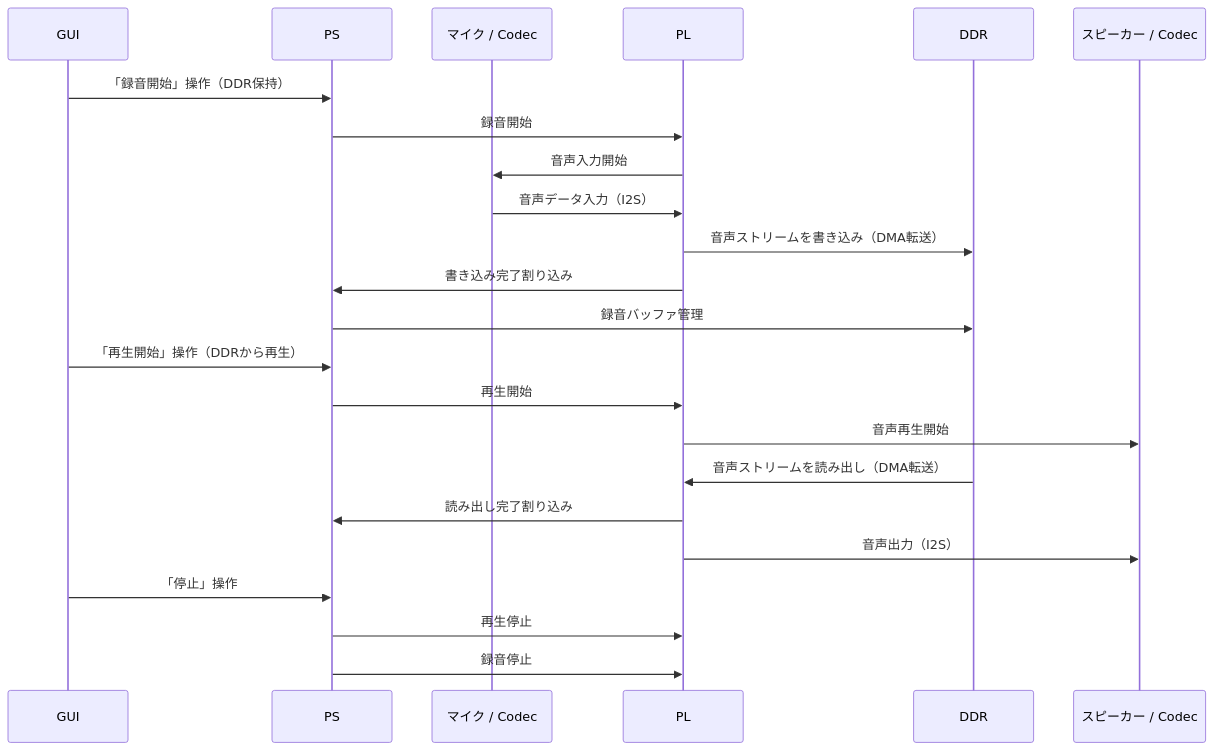
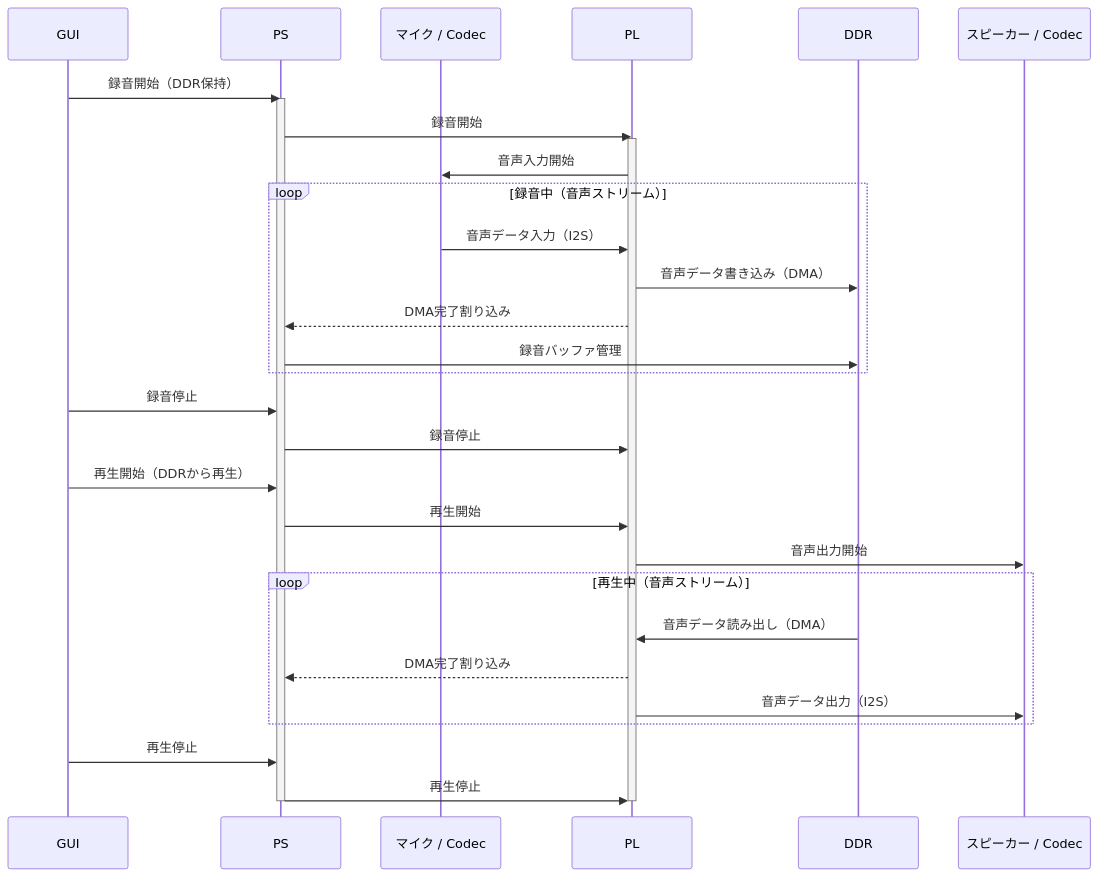
The third of 3 diagrams in docs/system_design.md (kiiisy/VoiceNote-System), drawn with Mermaid before and after one commit. The commit also changed other lines of this file, not shown here.

````diff
--- a/docs/system_design.md
+++ b/docs/system_design.md
@@ -345,28 +371,41 @@
 ```mermaid
 sequenceDiagram
     participant GUI as GUI
     participant PS as PS
     participant Mic as マイク / Codec
     participant PL as PL
     participant DDR as DDR
     participant Spk as スピーカー / Codec
 
-    GUI->>PS: 「録音開始」操作（DDR保持）
+    GUI->>PS: 録音開始（DDR保持）
+    activate PS
     PS->>PL: 録音開始
+    activate PL
     PL->>Mic: 音声入力開始
-    Mic->>PL: 音声データ入力（I2S）
-    PL->>DDR: 音声ストリームを書き込み（DMA転送）
-    PL->>PS: 書き込み完了割り込み
-    PS->>DDR: 録音バッファ管理
 
-    GUI->>PS: 「再生開始」操作（DDRから再生）
+    loop 録音中（音声ストリーム）
+        Mic->>PL: 音声データ入力（I2S）
+        PL->>DDR: 音声データ書き込み（DMA）
+        PL-->>PS: DMA完了割り込み
+        PS->>DDR: 録音バッファ管理
+    end
+
+    GUI->>PS: 録音停止
+    PS->>PL: 録音停止
+
+    GUI->>PS: 再生開始（DDRから再生）
     PS->>PL: 再生開始
-    PL->>Spk: 音声再生開始
-    DDR->>PL: 音声ストリームを読み出し（DMA転送）
-    PL->>PS: 読み出し完了割り込み
-    PL->>Spk: 音声出力（I2S）
+    PL->>Spk: 音声出力開始
 
-    GUI->>PS: 「停止」操作
+    loop 再生中（音声ストリーム）
+        DDR->>PL: 音声データ読み出し（DMA）
+        PL-->>PS: DMA完了割り込み
+        PL->>Spk: 音声データ出力（I2S）
+    end
+
+    GUI->>PS: 再生停止
     PS->>PL: 再生停止
-    PS->>PL: 録音停止
+
+    deactivate PL
+    deactivate PS
 ```
````
